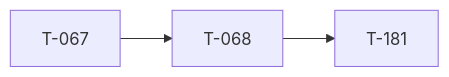
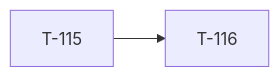
Before and after one commit to darkforce09/TBD-reforger: the diagram in docs/TICKET_LEAD.md, drawn with Mermaid. The commit also changed other lines of this file and 9 other files, not shown here.

````diff
--- a/docs/TICKET_LEAD.md
+++ b/docs/TICKET_LEAD.md
@@ -31,5 +27,4 @@
 ```mermaid
 flowchart LR
-  T067[T-067] --> T068[T-068]
-  T068[T-068] --> T181[T-181]
+  T115[T-115] --> T116[T-116]
 ```
````
